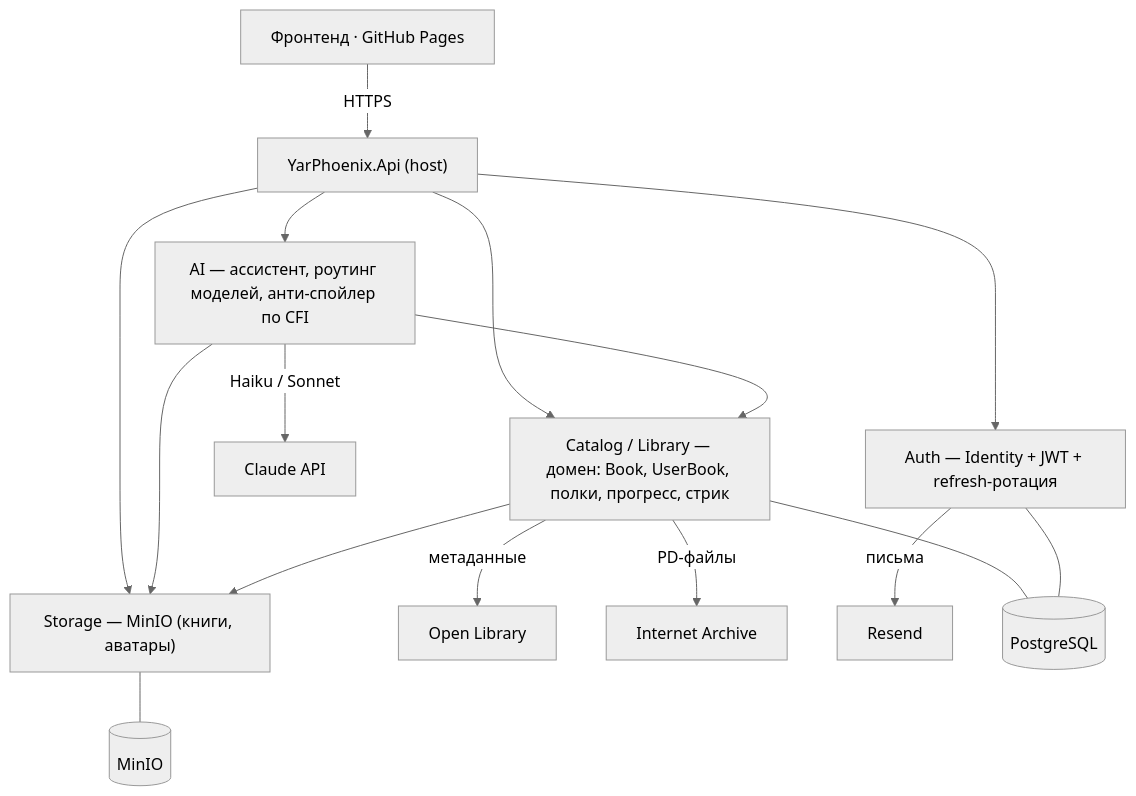
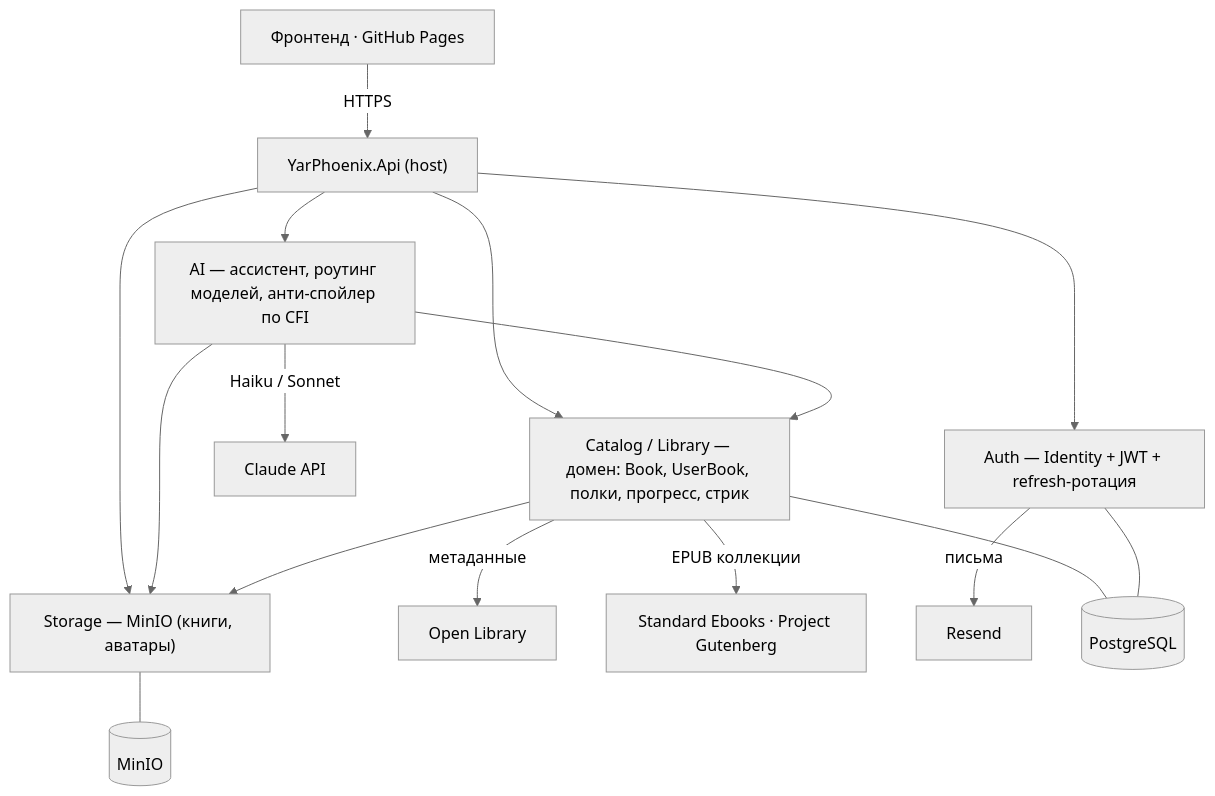
The diagram in README.md (yarphoenix/yarphoenix-library-api), drawn with Mermaid (neutral theme) before and after one commit. The commit also changed other lines of this file and 4 other files, not shown here.

````diff
--- a/README.md
+++ b/README.md
@@ -17,18 +17,18 @@
 ```mermaid
 flowchart TD
     FE["Фронтенд · GitHub Pages"] -->|HTTPS| API["YarPhoenix.Api (host)"]
     API --> Catalog["Catalog / Library — домен: Book, UserBook, полки, прогресс, стрик"]
     API --> Auth["Auth — Identity + JWT + refresh-ротация"]
     API --> Ai["AI — ассистент, роутинг моделей, анти-спойлер по CFI"]
     API --> Storage["Storage — MinIO (книги, аватары)"]
     Ai --> Catalog
     Ai --> Storage
     Catalog --> Storage
     Catalog -->|метаданные| OL["Open Library"]
-    Catalog -->|PD-файлы| IA["Internet Archive"]
+    Catalog -->|EPUB коллекции| Ebooks["Standard Ebooks · Project Gutenberg"]
     Ai -->|Haiku / Sonnet| Claude["Claude API"]
     Auth -->|письма| Resend["Resend"]
     Catalog --- PG[("PostgreSQL")]
     Auth --- PG
     Storage --- Minio[("MinIO")]
 ```
````
